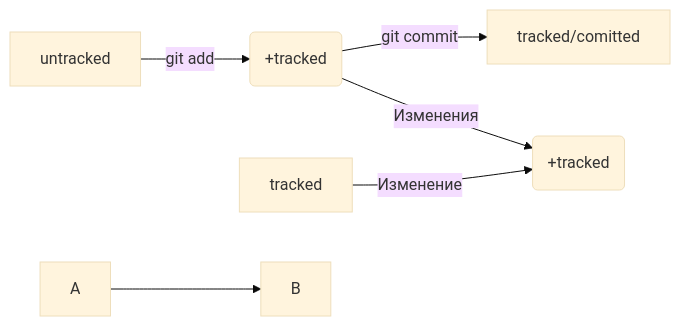
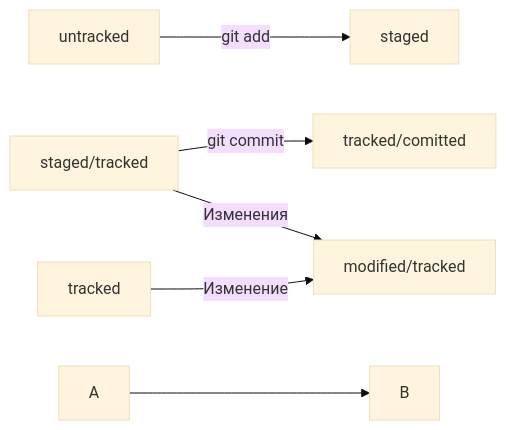
One commit to antonivashevich/yandex changed the second of 2 diagrams in README.md. Above: the diagram before and after it, drawn with Mermaid (base theme).

Commit message:
добавление графика статусов (1)

````diff
--- a/README.md
+++ b/README.md
@@ -61,9 +61,9 @@
 ```mermaid
 graph LR;
   untracked -- "git add" --> staged;
-  staged(+tracked) -- "git commit" --> tracked/comitted;
-  staged(+tracked) -- "Изменения" --> modified(+tracked);
-  tracked -- "Изменение" --> modified(+tracked);
+  staged/tracked -- "git commit" --> tracked/comitted;
+  staged/tracked -- "Изменения" --> modified/tracked;
+  tracked -- "Изменение" --> modified/tracked;
 %% стрелка без текста для примера: 
   A --> B;
 ``` 
````
